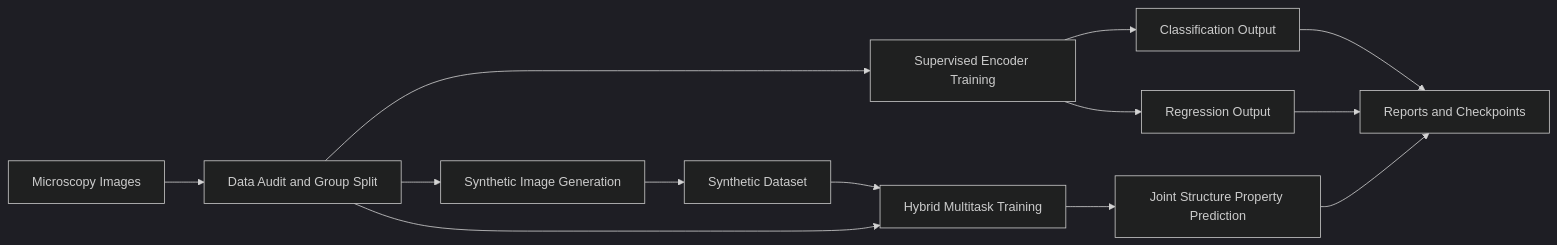
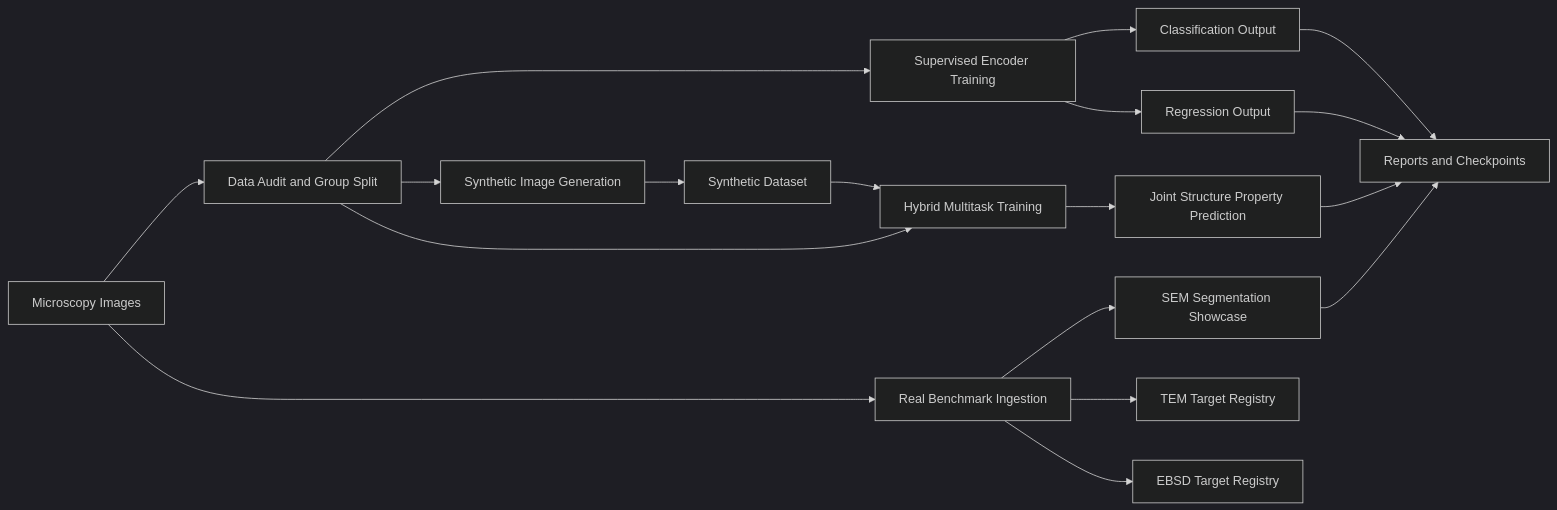
One commit to Ghanshyambabariya/microscopy_cv_research changed the diagram in README.md. Above: the diagram before and after it, drawn with Mermaid (dark theme). The commit also changed other lines of this file and 6 other files, not shown here.

Commit message:
Add NASA SEM benchmark showcase

````diff
--- a/README.md
+++ b/README.md
@@ -11,15 +11,20 @@
 ```mermaid
 flowchart LR
     A[Microscopy Images] --> B[Data Audit and Group Split]
     B --> C[Supervised Encoder Training]
     B --> D[Synthetic Image Generation]
     C --> E[Classification Output]
     C --> F[Regression Output]
     D --> G[Synthetic Dataset]
     G --> H[Hybrid Multitask Training]
     B --> H
     H --> I[Joint Structure Property Prediction]
-    E --> J[Reports and Checkpoints]
+    A --> K[Real Benchmark Ingestion]
+    K --> L[SEM Segmentation Showcase]
+    K --> M[TEM Target Registry]
+    K --> N[EBSD Target Registry]
+    L --> J[Reports and Checkpoints]
+    E --> J
     F --> J
     I --> J
 ```
````
